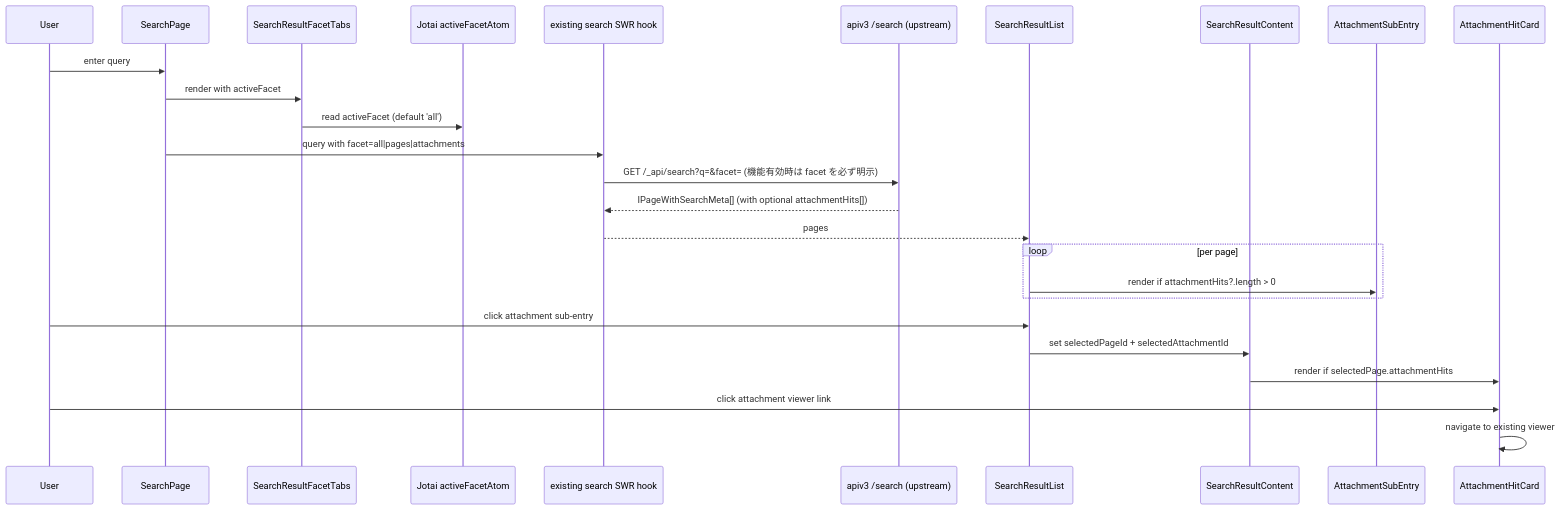
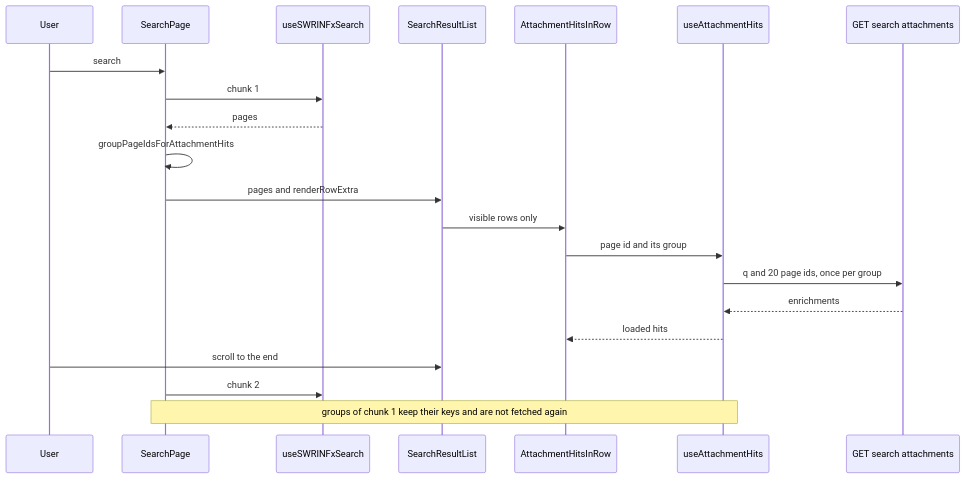
Before and after one commit to growilabs/growi: the second of 4 diagrams in .kiro/specs/attachment-search-ui/design.md, drawn with Mermaid. The commit also changed other lines of this file and 6 other files, not shown here.

Commit message:
docs(attachment-search): redesign the UI against the current search APIs, and add the two server additions it needs

````diff
--- a/.kiro/specs/attachment-search-ui/design.md
+++ b/.kiro/specs/attachment-search-ui/design.md
@@ -239,29 +249,24 @@
 ```mermaid
 sequenceDiagram
     participant User
     participant SearchPage
-    participant FacetTabs as SearchResultFacetTabs
-    participant FacetAtom as Jotai activeFacetAtom
-    participant SearchSWR as existing search SWR hook
-    participant SearchAPI as apiv3 /search (upstream)
-    participant ResultList as SearchResultList
-    participant ResultContent as SearchResultContent
-    participant SubEntry as AttachmentSubEntry
-    participant HitCard as AttachmentHitCard
+    participant PageSearch as useSWRINFxSearch
+    participant List as SearchResultList
+    participant Row as AttachmentHitsInRow
+    participant Hits as useAttachmentHits
+    participant Api as GET search attachments
 
-    User->>SearchPage: enter query
-    SearchPage->>FacetTabs: render with activeFacet
-    FacetTabs->>FacetAtom: read activeFacet (default 'all')
-    SearchPage->>SearchSWR: query with facet=all|pages|attachments
-    SearchSWR->>SearchAPI: GET /_api/search?q=&facet= (機能有効時は facet を必ず明示)
-    SearchAPI-->>SearchSWR: IPageWithSearchMeta[] (with optional attachmentHits[])
-    SearchSWR-->>ResultList: pages
-    loop per page
-        ResultList->>SubEntry: render if attachmentHits?.length > 0
-    end
-    User->>ResultList: click attachment sub-entry
-    ResultList->>ResultContent: set selectedPageId + selectedAttachmentId
-    ResultContent->>HitCard: render if selectedPage.attachmentHits
-    User->>HitCard: click attachment viewer link
-    HitCard->>HitCard: navigate to existing viewer
+    User->>SearchPage: search
+    SearchPage->>PageSearch: chunk 1
+    PageSearch-->>SearchPage: pages
+    SearchPage->>SearchPage: groupPageIdsForAttachmentHits
+    SearchPage->>List: pages and renderRowExtra
+    List->>Row: visible rows only
+    Row->>Hits: page id and its group
+    Hits->>Api: q and 20 page ids, once per group
+    Api-->>Hits: enrichments
+    Hits-->>Row: loaded hits
+    User->>List: scroll to the end
+    SearchPage->>PageSearch: chunk 2
+    Note over SearchPage,Hits: groups of chunk 1 keep their keys and are not fetched again
 ```
````
